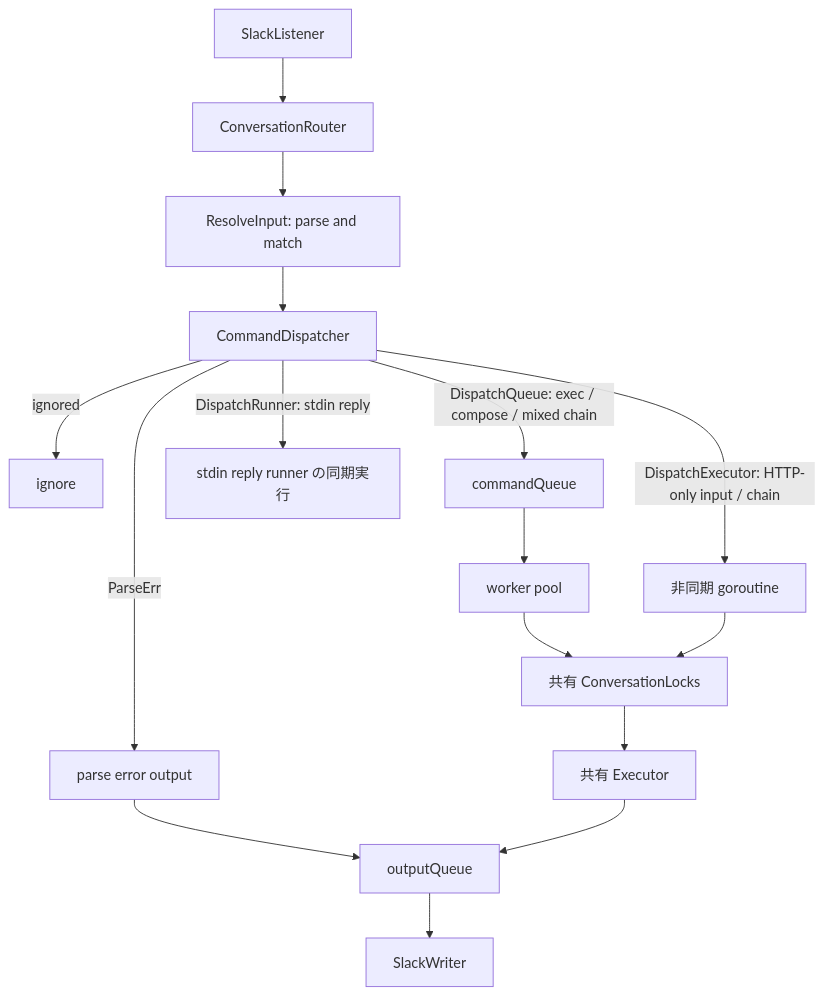
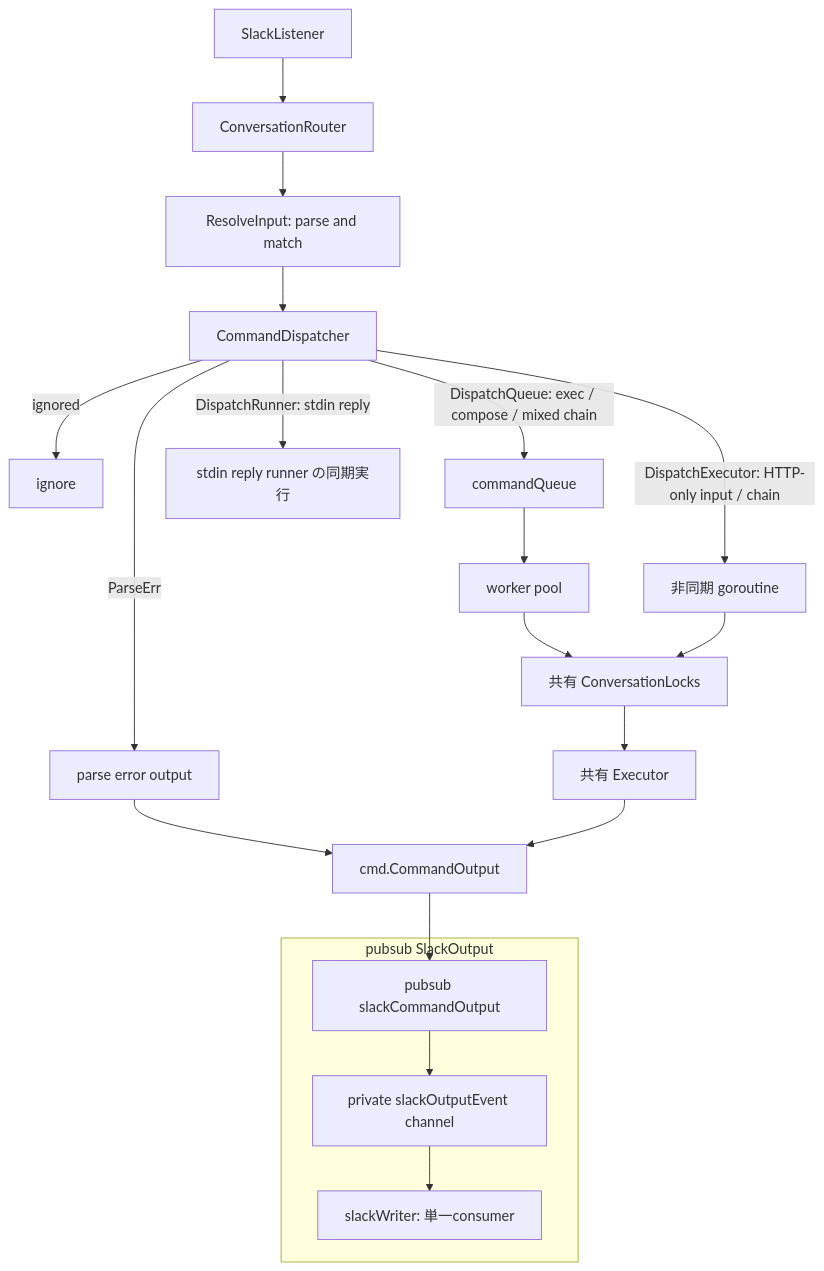
The diagram in docs/internal.md (hnw/slack-commander), drawn with Mermaid before and after one commit. The commit also changed other lines of this file and 24 other files, not shown here.

````diff
--- a/docs/internal.md
+++ b/docs/internal.md
@@ -5,18 +5,22 @@
 ```mermaid
 flowchart TD
     listener[SlackListener] --> router[ConversationRouter]
     router --> resolve[ResolveInput: parse and match]
     resolve --> dispatcher[CommandDispatcher]
     dispatcher -->|ParseErr| parseOutput[parse error output]
-    parseOutput --> output[outputQueue]
+    parseOutput --> commandOutput[cmd.CommandOutput]
     dispatcher -->|ignored| ignored[ignore]
     dispatcher -->|DispatchQueue: exec / compose / mixed chain| queue[commandQueue]
     queue --> workers[worker pool]
     workers --> locks[共有 ConversationLocks]
     dispatcher -->|DispatchExecutor: HTTP-only input / chain| async[非同期 goroutine]
     async --> locks
     locks --> executor[共有 Executor]
     dispatcher -->|DispatchRunner: stdin reply| direct[stdin reply runner の同期実行]
-    executor --> output[outputQueue]
-    output --> writer[SlackWriter]
+    executor --> commandOutput
+    commandOutput --> slackCommandOutput[pubsub slackCommandOutput]
+    subgraph pipeline[pubsub SlackOutput]
+        slackCommandOutput --> output[private slackOutputEvent channel]
+        output --> writer[slackWriter: 単一consumer]
+    end
 ```
````
